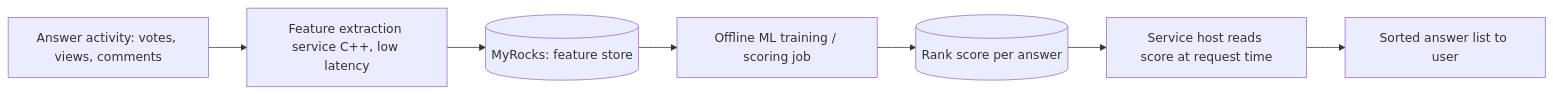
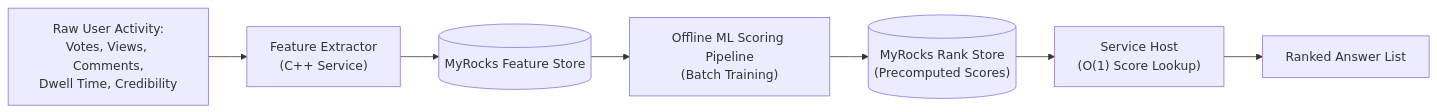
One commit to riyaz-pasha/Learnings changed diagram 11 of 18 in system-design/HLD/0-course/27-Design Quora-FAANG-Guide.md. Above: the diagram before and after it, drawn with Mermaid. The commit also changed other lines of this file and 1 other file, not shown here.

Commit message:
docs: simplify language, expand examples, and fix mermaid diagrams in Quora guide

````diff
--- a/system-design/HLD/0-course/27-Design Quora-FAANG-Guide.md
+++ b/system-design/HLD/0-course/27-Design Quora-FAANG-Guide.md
@@ -506,9 +556,9 @@
 ```mermaid
 flowchart LR
-    A[Answer activity: votes, views, comments] --> B[Feature extraction service C++, low latency]
-    B --> C[(MyRocks: feature store)]
-    C --> D[Offline ML training / scoring job]
-    D --> E[(Rank score per answer)]
-    E --> F[Service host reads score at request time]
-    F --> G[Sorted answer list to user]
+    A["Raw User Activity:\nVotes, Views, Comments,\nDwell Time, Credibility"] --> B["Feature Extractor\n(C++ Service)"]
+    B --> C[("MyRocks Feature Store")]
+    C --> D["Offline ML Scoring Pipeline\n(Batch Training)"]
+    D --> E[("MyRocks Rank Store\n(Precomputed Scores)")]
+    E --> F["Service Host\n(O(1) Score Lookup)"]
+    F --> G["Ranked Answer List"]
 ```
````
